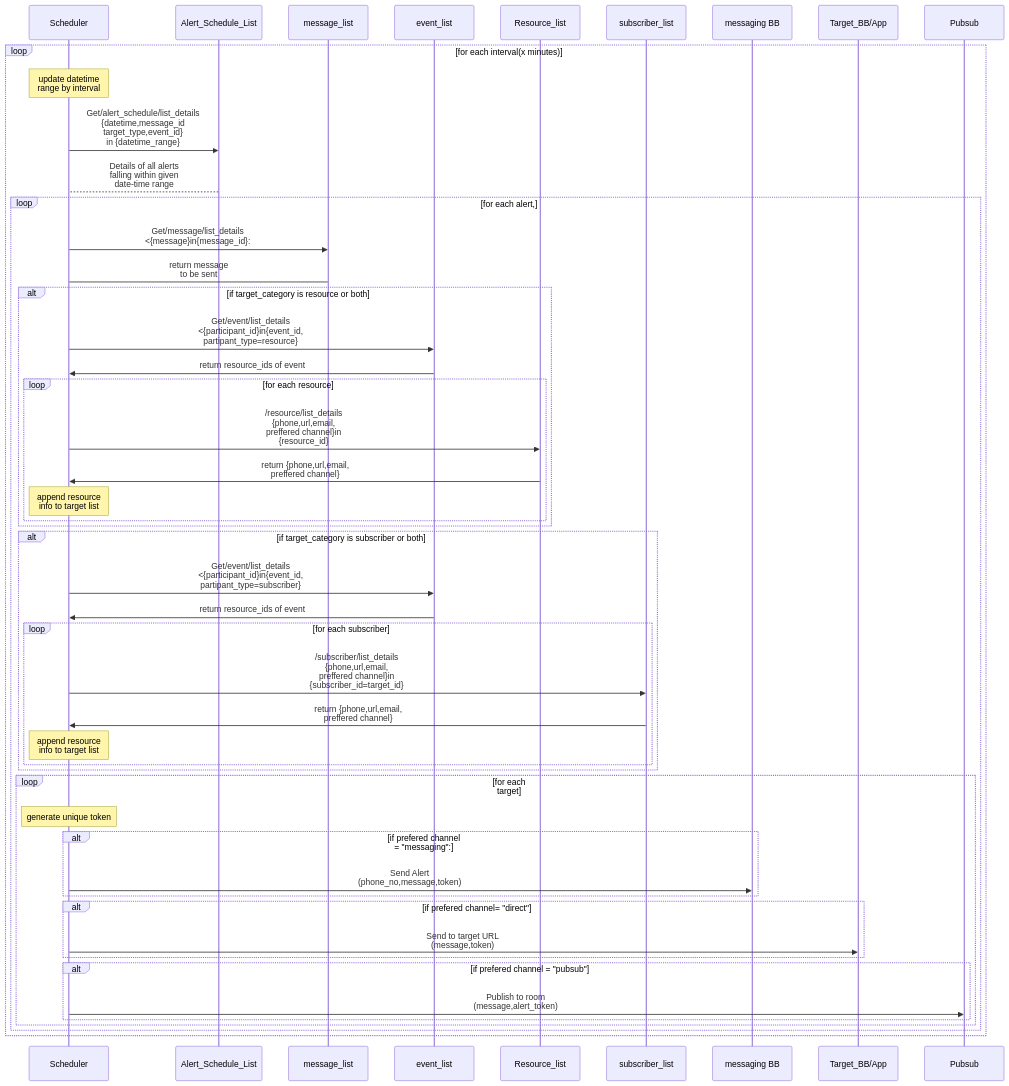
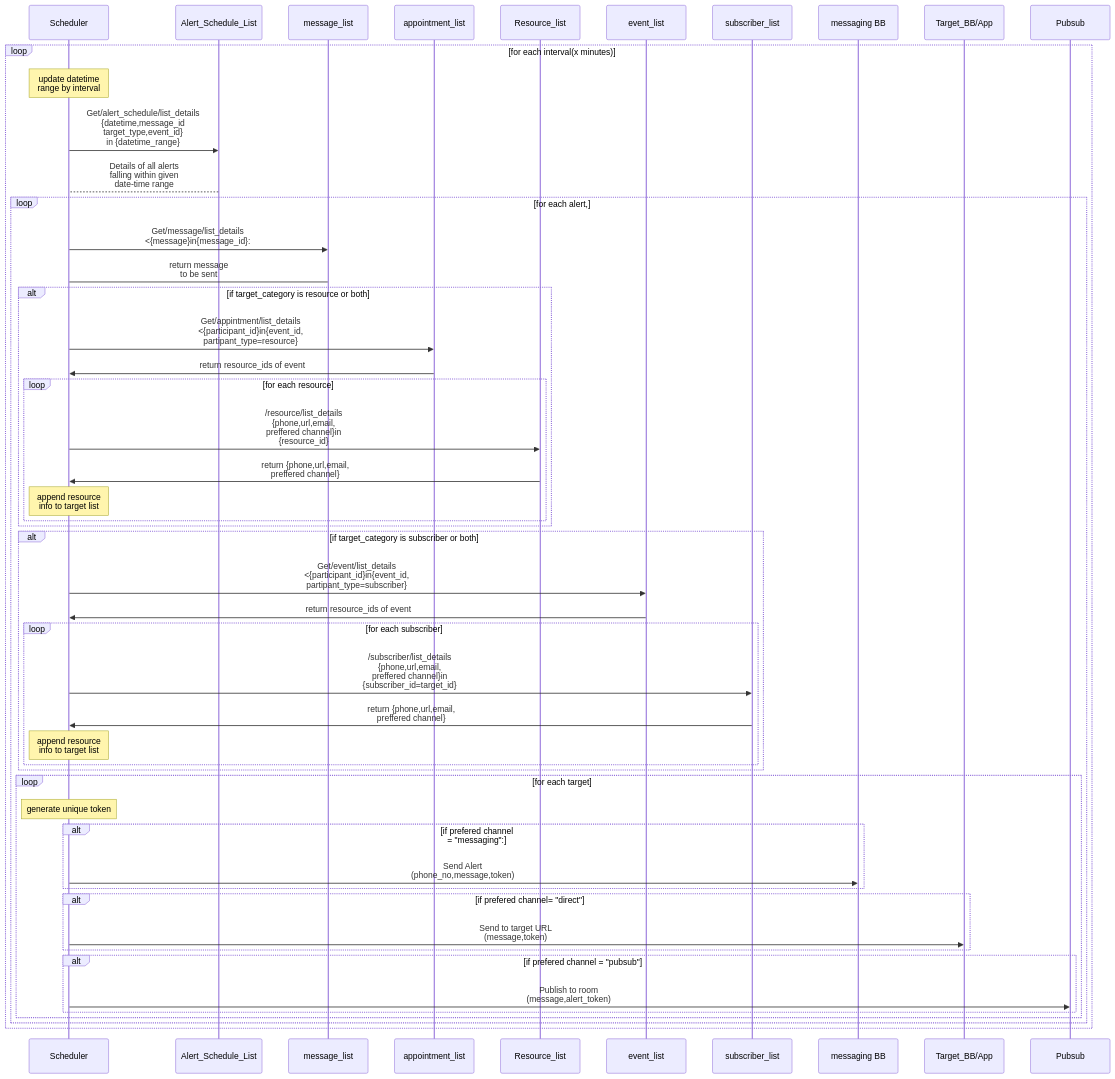
The eighth of 14 diagrams in spec/9-workflows.md (GovStackWorkingGroup/scheduler), drawn with Mermaid before and after one commit. The commit also changed other lines of this file and 11 other files, not shown here.

````diff
--- a/spec/9-workflows.md
+++ b/spec/9-workflows.md
@@ -233,44 +220,44 @@
 ```mermaid
 sequenceDiagram
 loop for each interval(x minutes)
   note over Scheduler: update datetime<br>range by interval
   Scheduler->>Alert_Schedule_List:Get/alert_schedule/list_details<br>{datetime,message_id<br>target_type,event_id}<br>in {datetime_range}
   Alert_Schedule_List-->Scheduler:Details of all alerts<br>falling within given <br>date-time range
   loop for each alert,
     Scheduler->>message_list:Get/message/list_details<br><{message}in{message_id}: 
     message_list->Scheduler: return message<br> to be sent
     alt if target_category is resource or both
-      Scheduler->>event_list:Get/event/list_details<br><{participant_id}in{event_id,<br>partipant_type=resource} 
-      event_list->>Scheduler:return resource_ids of event
+      Scheduler->>appointment_list:Get/appintment/list_details<br><{participant_id}in{event_id,<br>partipant_type=resource} 
+      appointment_list->>Scheduler:return resource_ids of event
       loop for each resource
         Scheduler->>Resource_list:/resource/list_details<br>{phone,url,email,<br>preffered channel}in<br>{resource_id}
         Resource_list->>Scheduler:return {phone,url,email,<br>preffered channel}
         note over Scheduler: append resource <br>info to target list
       end
     end
     alt if target_category is subscriber or both
       Scheduler->>event_list:Get/event/list_details<br><{participant_id}in{event_id,<br>partipant_type=subscriber} 
       event_list->>Scheduler:return resource_ids of event
       loop for each subscriber
         Scheduler->>subscriber_list:/subscriber/list_details<br>{phone,url,email,<br>preffered channel}in<br>{subscriber_id=target_id}
         subscriber_list->>Scheduler:return {phone,url,email,<br>preffered channel}
         note over Scheduler: append resource <br>info to target list
       end
     end
-    loop for each <Br> target
+    loop for each target
        note over Scheduler: generate unique token
        alt if prefered channel <br> = "messaging":
          Scheduler->>messaging BB: Send Alert<br>(phone_no,message,token)
        end
        alt if prefered channel= "direct"
            Scheduler->>Target_BB/App: Send to target URL<br>(message,token) 
        end
        alt if prefered channel = "pubsub"
              Scheduler->>Pubsub: Publish to room<br>(message,alert_token) 
        end  
      end
    end
 end
 
 
 ```
````
